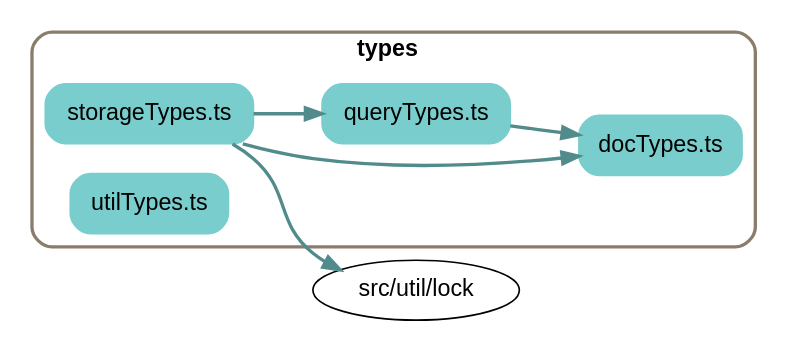
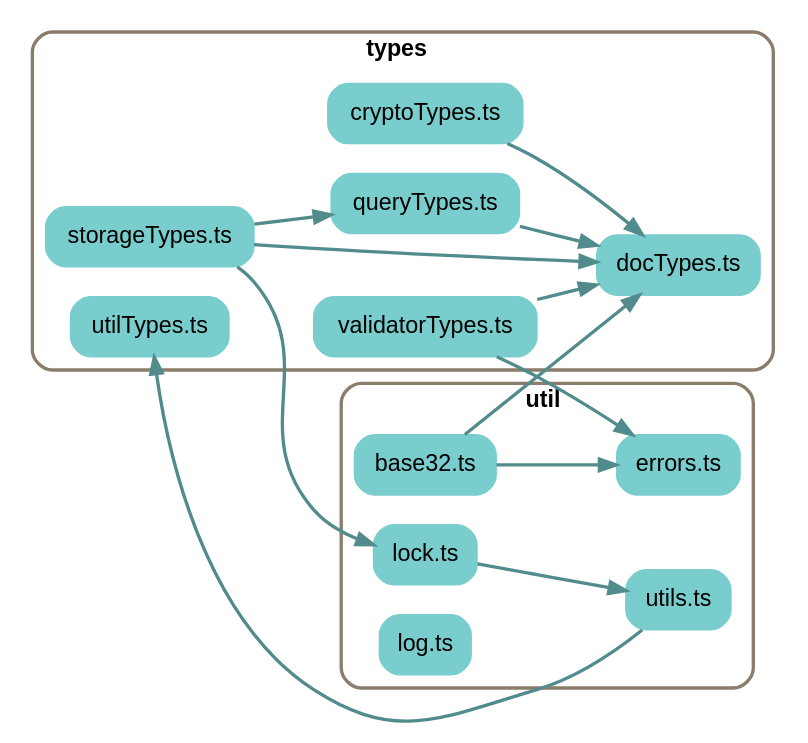
The diagram in depchart/depchart-types.dot (earthstar-project/earthstar), drawn with Graphviz before and after one commit. The commit also changed 17 other files, not shown here.

Commit message:
copy over crypto code; stub out validator code

```diff
--- a/depchart/depchart-types.dot
+++ b/depchart/depchart-types.dot
@@ -1,33 +1,55 @@
 
 digraph G {
     //splines=line;
     //splines=polyline;
     splines=true;
     rankdir=LR;
     //newrank=true;
     compound=true;
     graph [fontname = "helvetica"];  // dpi=72
     node [fontname = "helvetica"];
     edge [fontname = "helvetica"];
     
     // files in their folder clusters
 
-    subgraph cluster8209126472 {
+    subgraph cluster8521669135 {
         label=<<b>types</b>>;
         style="rounded";
         color=bisque4;
         penwidth=2;
                 
+        "src/types/cryptoTypes.ts" [label="cryptoTypes.ts", shape=rectangle; style="rounded,filled"; color=darkslategray3];
         "src/types/docTypes.ts" [label="docTypes.ts", shape=rectangle; style="rounded,filled"; color=darkslategray3];
         "src/types/queryTypes.ts" [label="queryTypes.ts", shape=rectangle; style="rounded,filled"; color=darkslategray3];
         "src/types/storageTypes.ts" [label="storageTypes.ts", shape=rectangle; style="rounded,filled"; color=darkslategray3];
         "src/types/utilTypes.ts" [label="utilTypes.ts", shape=rectangle; style="rounded,filled"; color=darkslategray3];
+        "src/types/validatorTypes.ts" [label="validatorTypes.ts", shape=rectangle; style="rounded,filled"; color=darkslategray3];
+    }
+
+    subgraph cluster8191843671 {
+        label=<<b>util</b>>;
+        style="rounded";
+        color=bisque4;
+        penwidth=2;
+                
+        "src/util/base32.ts" [label="base32.ts", shape=rectangle; style="rounded,filled"; color=darkslategray3];
+        "src/util/errors.ts" [label="errors.ts", shape=rectangle; style="rounded,filled"; color=darkslategray3];
+        "src/util/lock.ts" [label="lock.ts", shape=rectangle; style="rounded,filled"; color=darkslategray3];
+        "src/util/log.ts" [label="log.ts", shape=rectangle; style="rounded,filled"; color=darkslategray3];
+        "src/util/utils.ts" [label="utils.ts", shape=rectangle; style="rounded,filled"; color=darkslategray3];
     }
 
     // edges between files
+    "src/types/cryptoTypes.ts" -> "src/types/docTypes.ts" [penwidth=2; color=darkslategray4];
     "src/types/queryTypes.ts" -> "src/types/docTypes.ts" [penwidth=2; color=darkslategray4];
     "src/types/storageTypes.ts" -> "src/types/docTypes.ts" [penwidth=2; color=darkslategray4];
     "src/types/storageTypes.ts" -> "src/types/queryTypes.ts" [penwidth=2; color=darkslategray4];
-    "src/types/storageTypes.ts" -> "src/util/lock" [penwidth=2; color=darkslategray4];
+    "src/types/storageTypes.ts" -> "src/util/lock.ts" [penwidth=2; color=darkslategray4];
+    "src/types/validatorTypes.ts" -> "src/types/docTypes.ts" [penwidth=2; color=darkslategray4];
+    "src/types/validatorTypes.ts" -> "src/util/errors.ts" [penwidth=2; color=darkslategray4];
+    "src/util/base32.ts" -> "src/types/docTypes.ts" [penwidth=2; color=darkslategray4];
+    "src/util/base32.ts" -> "src/util/errors.ts" [penwidth=2; color=darkslategray4];
+    "src/util/lock.ts" -> "src/util/utils.ts" [penwidth=2; color=darkslategray4];
+    "src/util/utils.ts" -> "src/types/utilTypes.ts" [penwidth=2; color=darkslategray4];
 
 }
```
